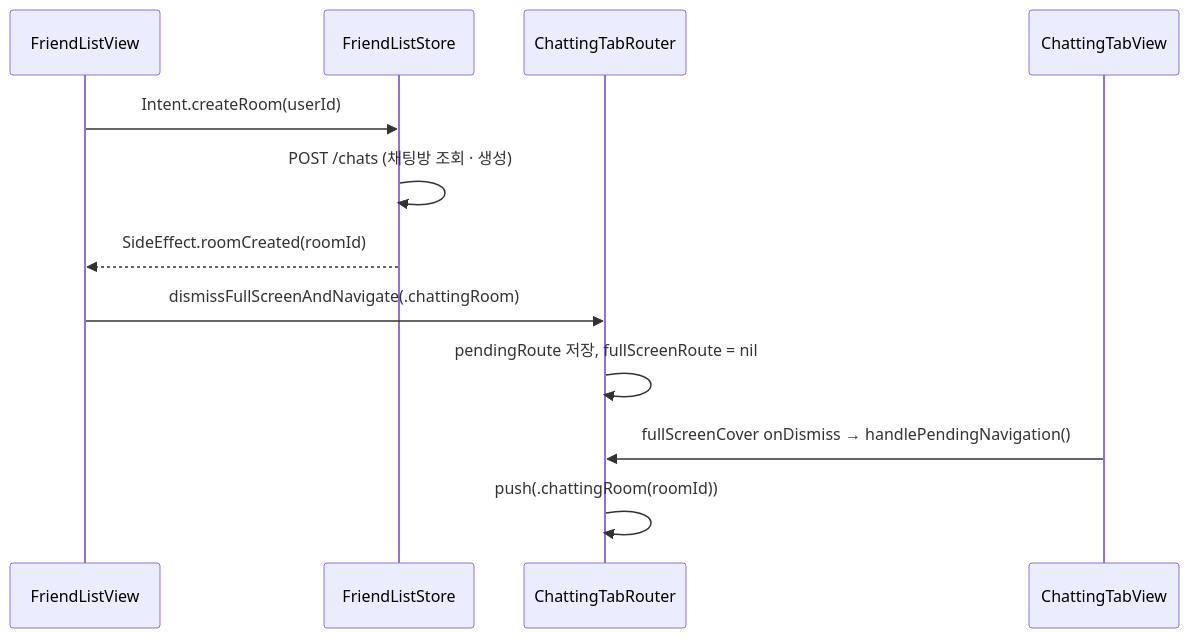
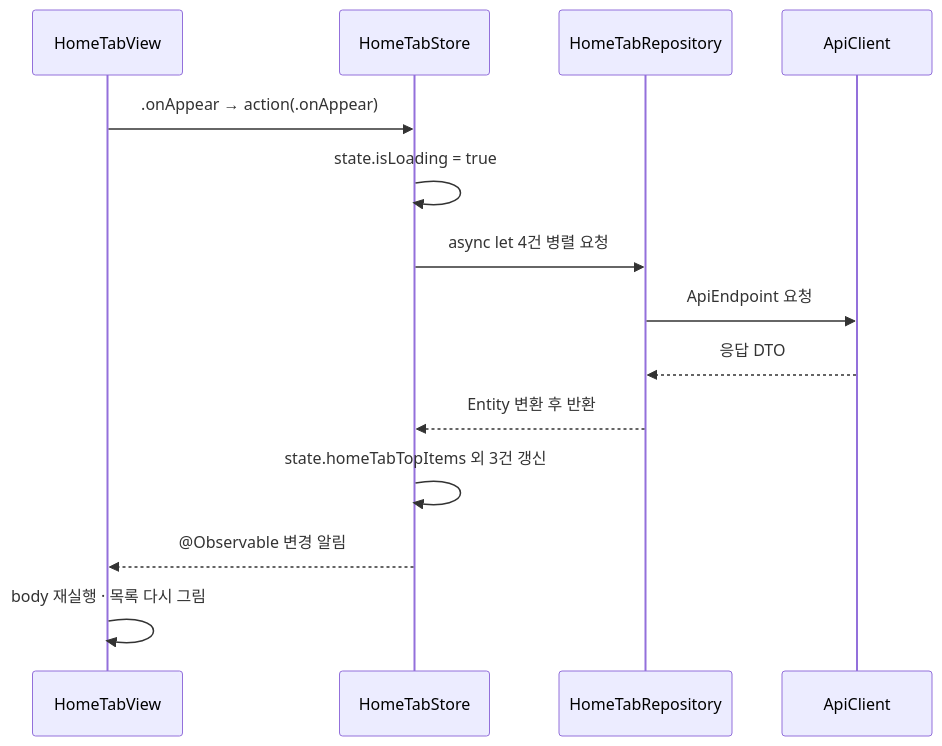
One commit to Maekiee/FlowLab changed the second of 10 diagrams in README.md. Above: the diagram before and after it, drawn with Mermaid. The commit also changed other lines of this file, not shown here.

````diff
--- a/README.md
+++ b/README.md
@@ -149,15 +158,17 @@
 ```mermaid
 sequenceDiagram
-    participant FV as FriendListView
-    participant FS as FriendListStore
-    participant CR as ChattingTabRouter
-    participant CV as ChattingTabView
+    participant V as HomeTabView
+    participant S as HomeTabStore
+    participant R as HomeTabRepository
+    participant A as ApiClient
 
-    FV->>FS: Intent.createRoom(userId)
-    FS->>FS: POST /chats (채팅방 조회 · 생성)
-    FS-->>FV: SideEffect.roomCreated(roomId)
-    FV->>CR: dismissFullScreenAndNavigate(.chattingRoom)
-    CR->>CR: pendingRoute 저장, fullScreenRoute = nil
-    CV->>CR: fullScreenCover onDismiss → handlePendingNavigation()
-    CR->>CR: push(.chattingRoom(roomId))
+    V->>S: .onAppear → action(.onAppear)
+    S->>S: state.isLoading = true
+    S->>R: async let 4건 병렬 요청
+    R->>A: ApiEndpoint 요청
+    A-->>R: 응답 DTO
+    R-->>S: Entity 변환 후 반환
+    S->>S: state.homeTabTopItems 외 3건 갱신
+    S-->>V: @Observable 변경 알림
+    V->>V: body 재실행 · 목록 다시 그림
 ```
````
